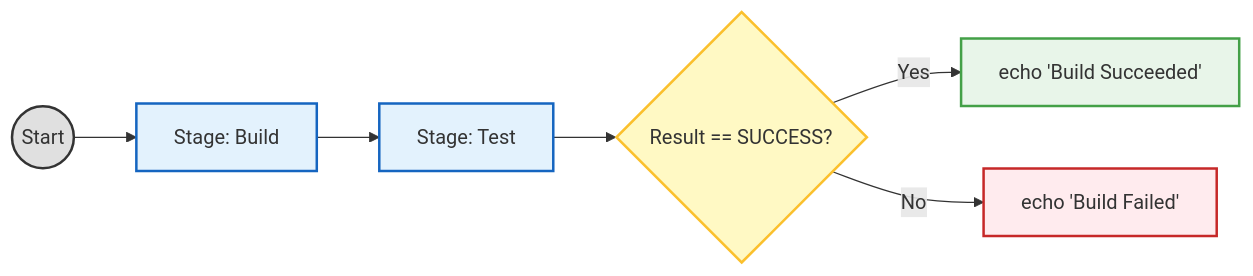
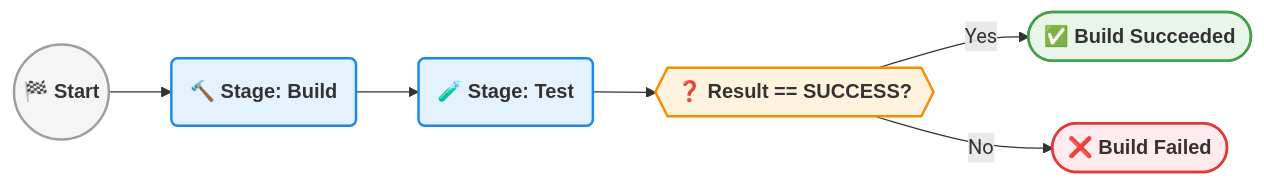
Before and after one commit to maratinikhil/Pipeline-Documentation: the fifth of 6 diagrams in README.md, drawn with Mermaid. The commit also changed other lines of this file, not shown here.

````diff
--- a/README.md
+++ b/README.md
@@ -276,15 +297,25 @@
 ```mermaid
 graph LR
-    Start((Start)) --> Build[Stage: Build]
-    Build --> Test[Stage: Test]
-    Test --> Check{Result == SUCCESS?}
-    Check -- Yes --> Success[echo 'Build Succeeded']
-    Check -- No --> Fail[echo 'Build Failed']
+    %% Defining Nodes with descriptive emojis and shapes
+    Start((🏁 Start)) --> Build(🔨 Stage: Build)
+    Build --> Test(🧪 Stage: Test)
+    Test --> Check{{❓ Result == SUCCESS?}}
     
-    style Start fill:#e0e0e0,stroke:#333,stroke-width:2px
-    style Build fill:#e3f2fd,stroke:#1565c0,stroke-width:2px
-    style Test fill:#e3f2fd,stroke:#1565c0,stroke-width:2px
-    style Check fill:#fff9c4,stroke:#fbc02d,stroke-width:2px
-    style Success fill:#e8f5e9,stroke:#43a047,stroke-width:2px
-    style Fail fill:#ffebee,stroke:#c62828,stroke-width:2px
+    Check -- Yes --> Success([✅ Build Succeeded])
+    Check -- No --> Fail([❌ Build Failed])
+    
+    %% Modern Class Definitions for cleaner styling
+    classDef default font-family:sans-serif,font-weight:bold,color:#333;
+    classDef trigger fill:#f5f5f5,stroke:#9e9e9e,stroke-width:2px;
+    classDef action fill:#e3f2fd,stroke:#1e88e5,stroke-width:2px;
+    classDef decision fill:#fff3e0,stroke:#fb8c00,stroke-width:2px;
+    classDef pass fill:#e8f5e9,stroke:#43a047,stroke-width:2px;
+    classDef error fill:#ffebee,stroke:#e53935,stroke-width:2px;
+    
+    %% Applying the styles to the nodes
+    class Start trigger;
+    class Build,Test action;
+    class Check decision;
+    class Success pass;
+    class Fail error;
 ```
````
